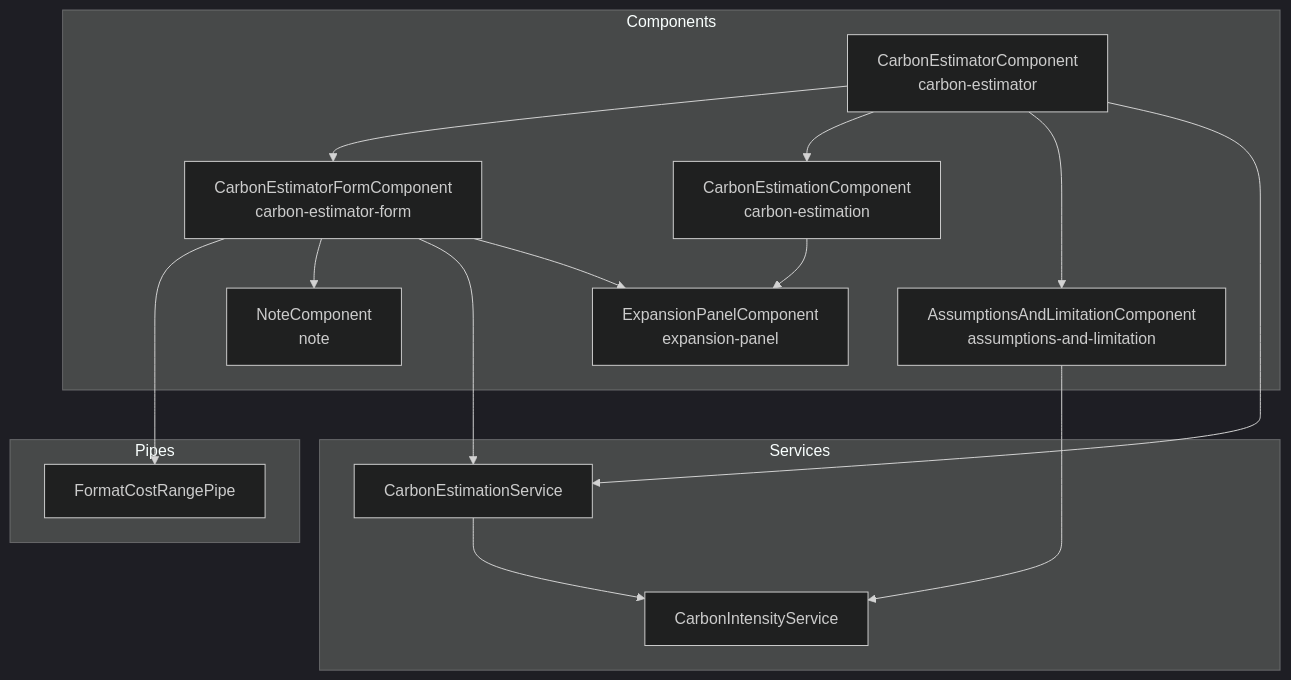
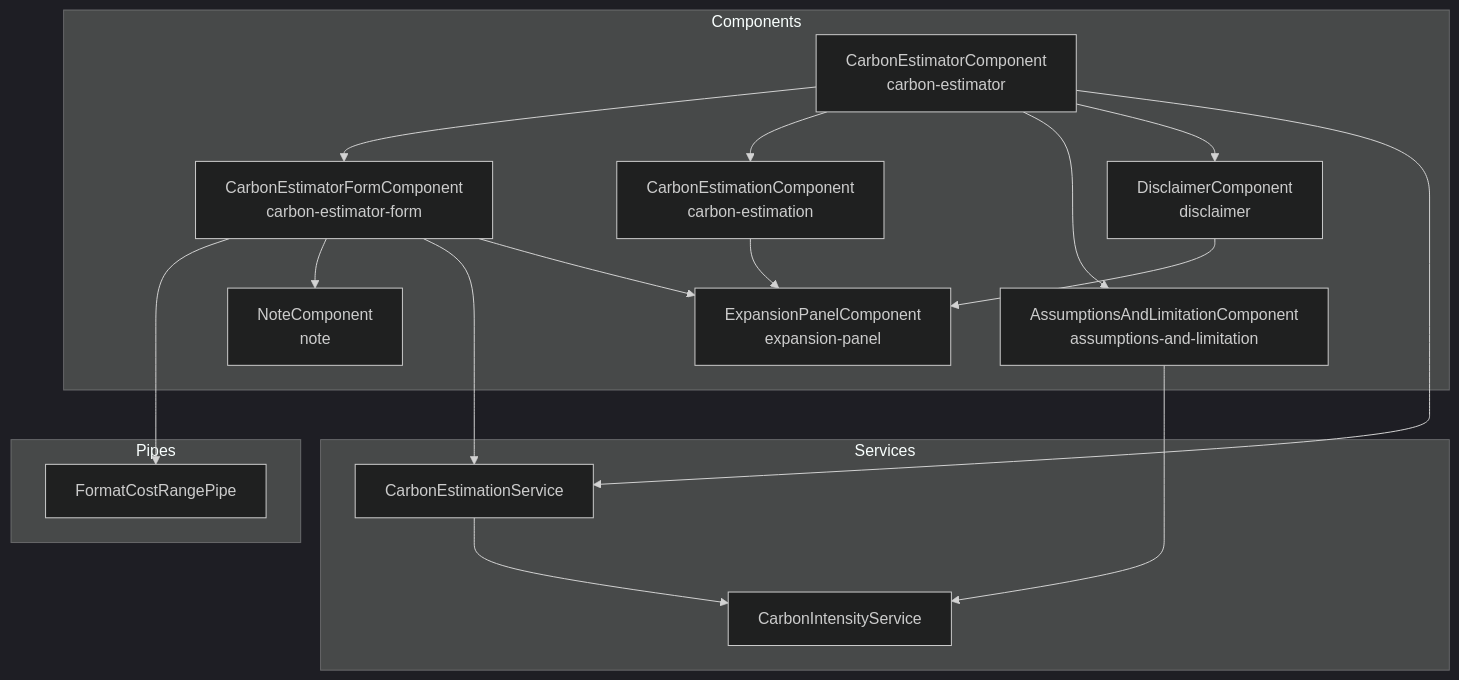
Before and after one commit to ScottLogic/sl-tech-carbon-estimator: the diagram in docs/components.md, drawn with Mermaid (dark theme). The commit also changed other lines of this file, not shown here.

Commit message:
Add new component to docs

````diff
--- a/docs/components.md
+++ b/docs/components.md
@@ -5,31 +5,33 @@
 ```mermaid
 flowchart TB
   subgraph Components
     CarbonEstimator["`CarbonEstimatorComponent
     carbon-estimator`"]
     CarbonEstimatorForm["`CarbonEstimatorFormComponent
     carbon-estimator-form`"]
     CarbonEstimation["`CarbonEstimationComponent
     carbon-estimation`"]
     Assumptions["`AssumptionsAndLimitationComponent
     assumptions-and-limitation`"]
     Note["`NoteComponent
     note`"]
+    Disclaimer["`DisclaimerComponent
+    disclaimer`"]
     ExpansionPanel["`ExpansionPanelComponent
     expansion-panel`"]
   end
   subgraph Services
     CarbonEstimationService
     CarbonIntensityService
   end
   subgraph Pipes
     FormatCostRangePipe
   end
 
-  CarbonEstimator --> CarbonEstimatorForm & CarbonEstimation & Assumptions
+  CarbonEstimator --> CarbonEstimatorForm & CarbonEstimation & Assumptions & Disclaimer
   CarbonEstimatorForm ---> FormatCostRangePipe
   CarbonEstimatorForm --> Note
   CarbonEstimator & CarbonEstimatorForm ---> CarbonEstimationService
-  CarbonEstimatorForm & CarbonEstimation --> ExpansionPanel
+  CarbonEstimatorForm & CarbonEstimation & Disclaimer --> ExpansionPanel
   CarbonEstimationService & Assumptions --> CarbonIntensityService
 ```
````
